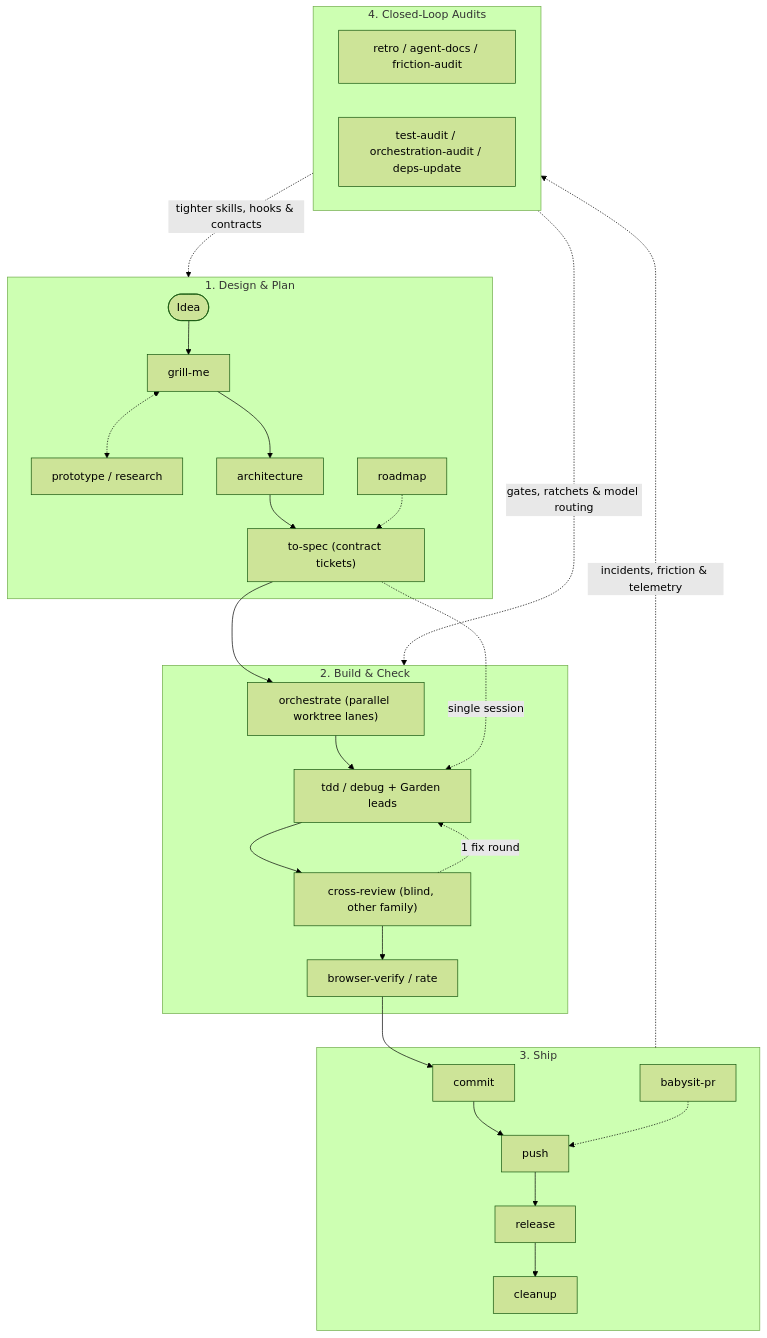
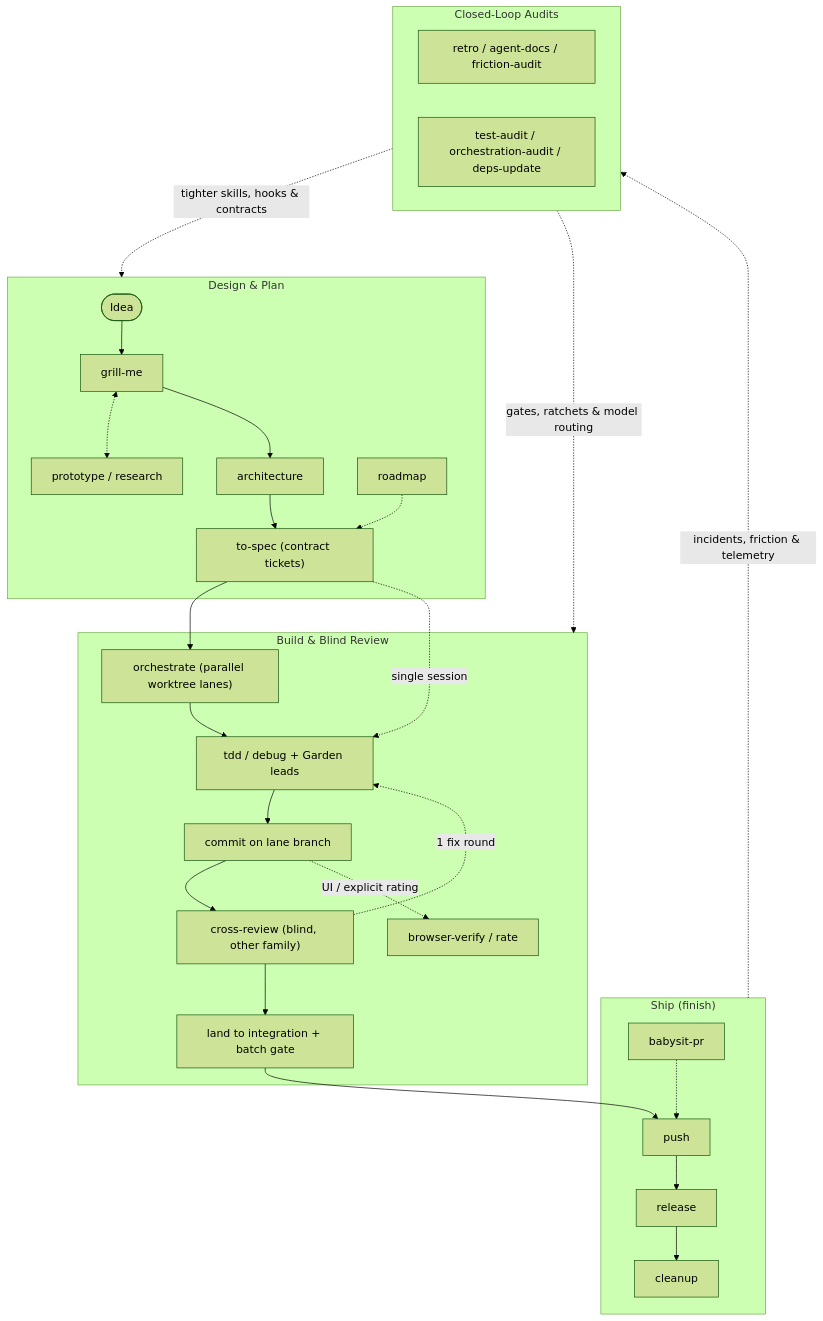
One commit to maxvyshniakov/mastack changed the diagram in README.md. Above: the diagram before and after it, drawn with Mermaid (forest theme). The commit also changed other lines of this file and 24 other files, not shown here.

````diff
--- a/README.md
+++ b/README.md
@@ -82,34 +85,36 @@
 ```mermaid
 flowchart TD
-  subgraph design ["1. Design & Plan"]
+  subgraph design ["Design & Plan"]
     idea(["Idea"]) --> grill["grill-me"]
     grill <-.-> proto["prototype / research"]
     grill --> arch["architecture"]
     arch --> spec["to-spec (contract tickets)"]
     roadmap["roadmap"] -.-> spec
   end
 
-  subgraph build ["2. Build & Check"]
+  subgraph build ["Build & Blind Review"]
     orch["orchestrate (parallel worktree lanes)"] --> loop["tdd / debug + Garden leads"]
-    loop --> review["cross-review (blind, other family)"]
+    loop --> lane_commit["commit on lane branch"]
+    lane_commit --> review["cross-review (blind, other family)"]
     review -.->|"1 fix round"| loop
-    review --> verify["browser-verify / rate"]
+    lane_commit -.->|"UI / explicit rating"| checks["browser-verify / rate"]
+    review --> land["land to integration + batch gate"]
   end
 
-  subgraph ship ["3. Ship"]
-    commit["commit"] --> push["push"] --> release["release"] --> cleanup["cleanup"]
+  subgraph ship ["Ship (finish)"]
+    push["push"] --> release["release"] --> cleanup["cleanup"]
     pr["babysit-pr"] -.-> push
   end
 
-  subgraph audit ["4. Closed-Loop Audits"]
+  subgraph audit ["Closed-Loop Audits"]
     env_audit["retro / agent-docs / friction-audit"]
     eng_audit["test-audit / orchestration-audit / deps-update"]
   end
 
   spec --> orch
   spec -.->|"single session"| loop
-  verify --> commit
+  land --> push
   ship -.->|"incidents, friction & telemetry"| audit
   audit -.->|"tighter skills, hooks & contracts"| design
   audit -.->|"gates, ratchets & model routing"| build
 ```
````
